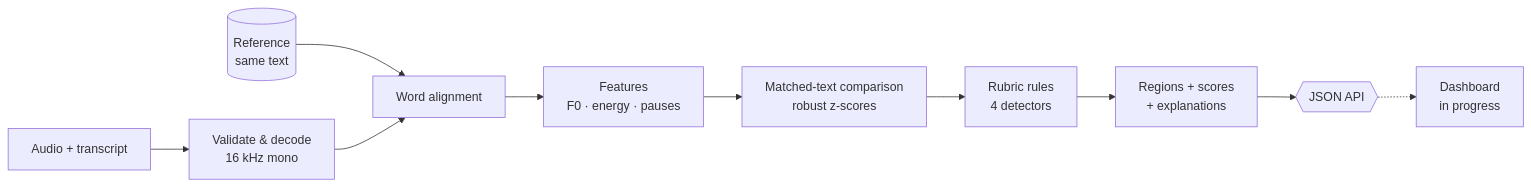
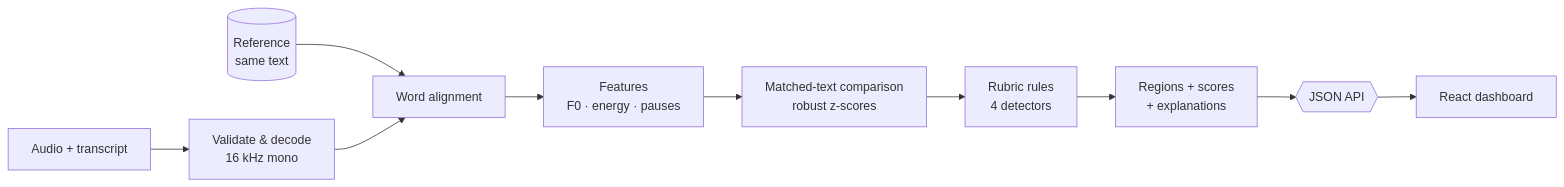
The diagram in README.md (mohamedfadil12/Arachne), drawn with Mermaid before and after one commit. The commit also changed other lines of this file, not shown here.

````diff
--- a/README.md
+++ b/README.md
@@ -44,12 +46,12 @@
 ```mermaid
 flowchart LR
     A[Audio + transcript] --> B[Validate & decode<br/>16 kHz mono]
     R[(Reference<br/>same text)] --> C
     B --> C[Word alignment]
     C --> D[Features<br/>F0 · energy · pauses]
     D --> E[Matched-text comparison<br/>robust z-scores]
     E --> F[Rubric rules<br/>4 detectors]
     F --> G[Regions + scores<br/>+ explanations]
     G --> H{{JSON API}}
-    H -.-> I[Dashboard<br/>in progress]
+    H --> I[React dashboard]
 ```
````
